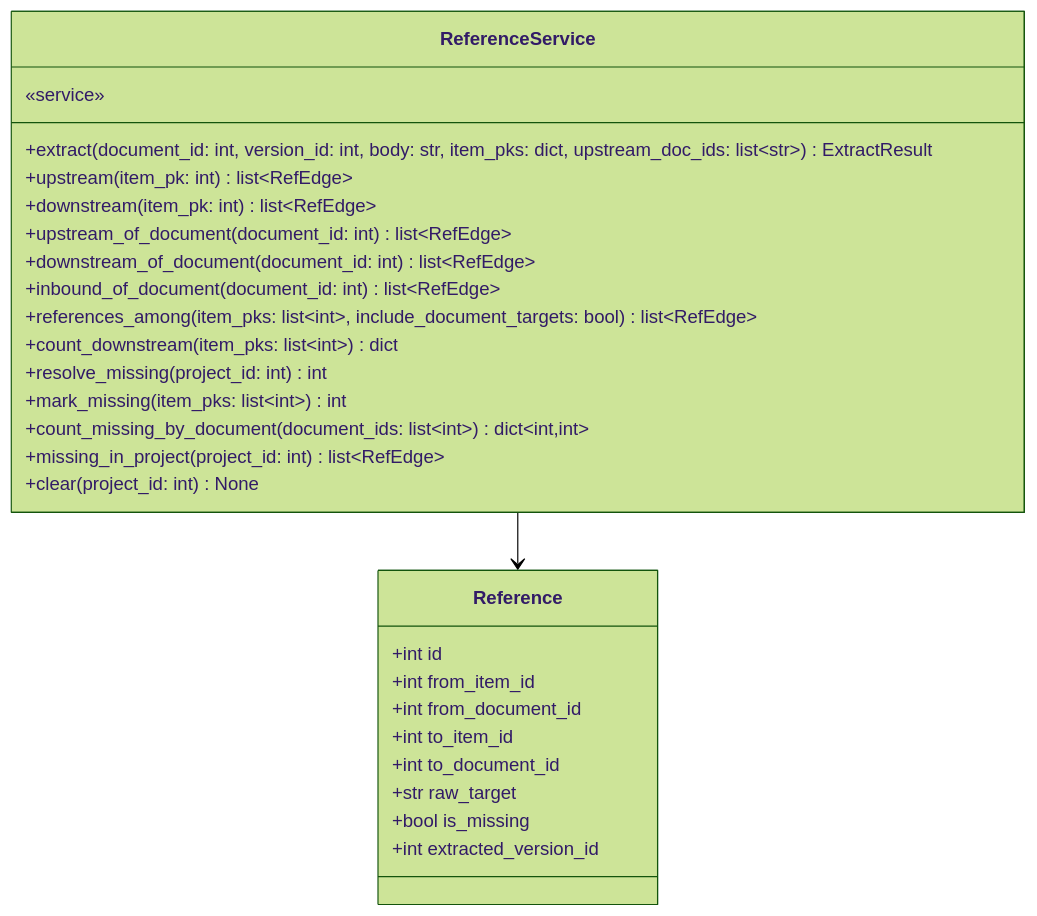
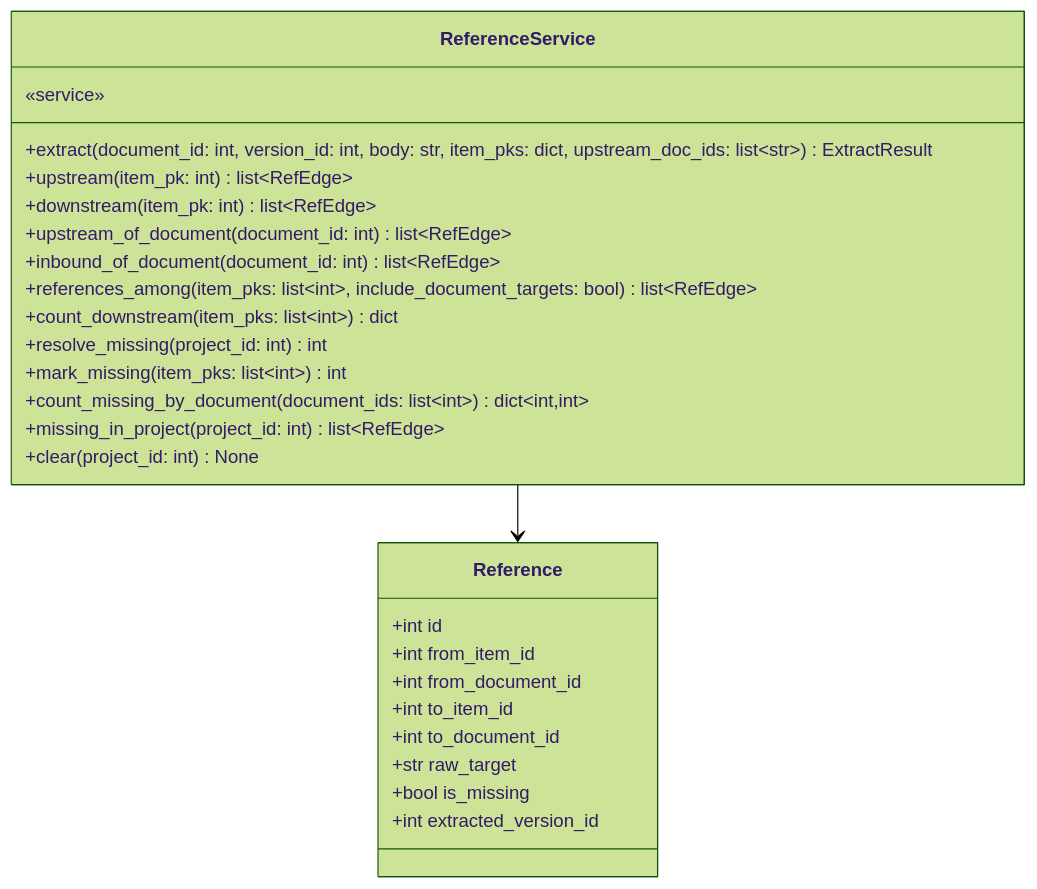
Diagram 15 of 16 in docs/specs/06-DOM/SYNC-DOM-002.md (HoyoungParkme/syncdoc), drawn with Mermaid (forest theme) before and after one commit. The commit also changed other lines of this file, not shown here.

First line of the commit message:
spec(SYNC-DOM-002): ReferenceService에서 downstream_of_document를 뺀다 (#160)

````diff
--- a/docs/specs/06-DOM/SYNC-DOM-002.md
+++ b/docs/specs/06-DOM/SYNC-DOM-002.md
@@ -709,30 +709,29 @@
 ```mermaid
 classDiagram
     class ReferenceService {
         «service»
         +extract(document_id: int, version_id: int, body: str, item_pks: dict, upstream_doc_ids: list~str~) ExtractResult
         +upstream(item_pk: int) list~RefEdge~
         +downstream(item_pk: int) list~RefEdge~
         +upstream_of_document(document_id: int) list~RefEdge~
-        +downstream_of_document(document_id: int) list~RefEdge~
         +inbound_of_document(document_id: int) list~RefEdge~
         +references_among(item_pks: list~int~, include_document_targets: bool) list~RefEdge~
         +count_downstream(item_pks: list~int~) dict
         +resolve_missing(project_id: int) int
         +mark_missing(item_pks: list~int~) int
         +count_missing_by_document(document_ids: list~int~) dict~int,int~
         +missing_in_project(project_id: int) list~RefEdge~
         +clear(project_id: int) None
     }
     class Reference {
         +int id
         +int from_item_id
         +int from_document_id
         +int to_item_id
         +int to_document_id
         +str raw_target
         +bool is_missing
         +int extracted_version_id
     }
     ReferenceService --> Reference
 ```
````
